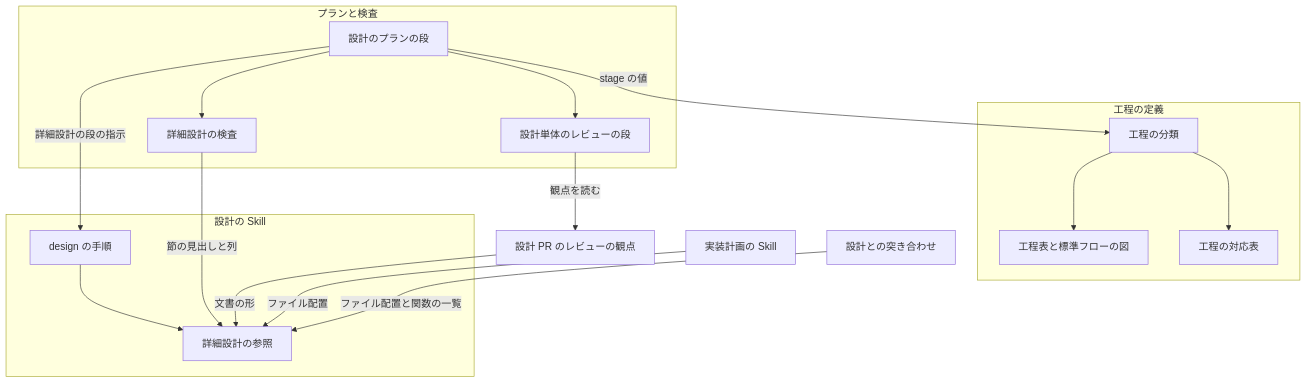
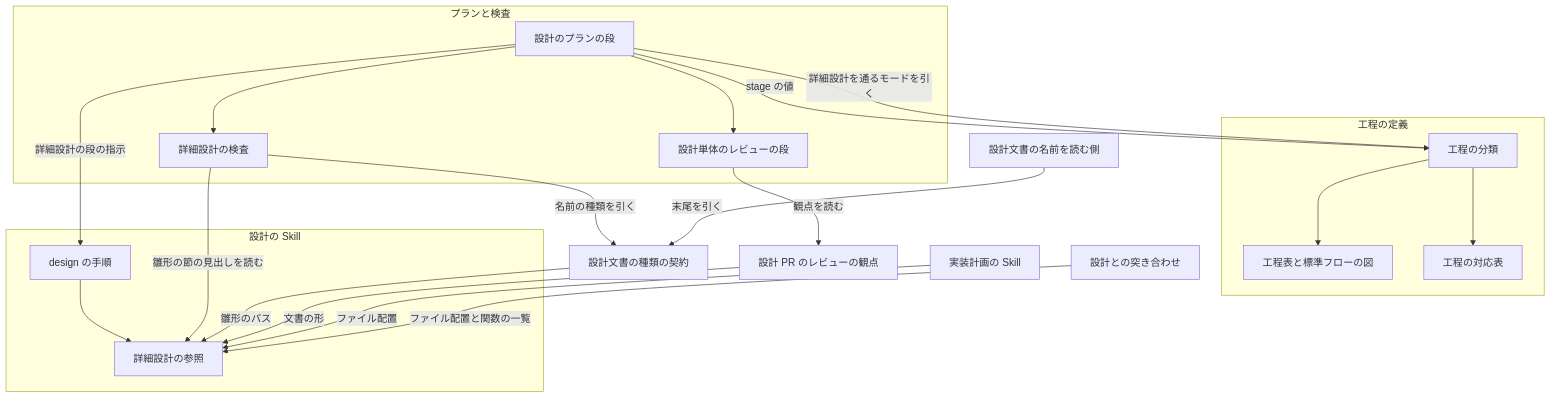
One commit to devbasex/ai-plugins changed the first of 3 diagrams in issues/issue-3144-design.md. Above: the diagram before and after it, drawn with Mermaid. The commit also changed other lines of this file and 1 other file, not shown here.

````diff
--- a/issues/issue-3144-design.md
+++ b/issues/issue-3144-design.md
@@ -145,21 +148,25 @@
 ```mermaid
 graph TD
     subgraph 工程の定義
         M[工程の分類] --> T[工程表と標準フローの図]
         M --> R[工程の対応表]
     end
     subgraph 設計の Skill
         S[design の手順] --> D[詳細設計の参照]
     end
     subgraph プランと検査
         P[設計のプランの段] --> C[詳細設計の検査]
         P --> L[設計単体のレビューの段]
     end
     L -->|観点を読む| V
     P -->|詳細設計の段の指示| S
-    C -->|節の見出しと列| D
+    C -->|雛形の節の見出しを読む| D
+    C -->|名前の種類を引く| K[設計文書の種類の契約]
+    N[設計文書の名前を読む側] -->|末尾を引く| K
+    K -->|雛形のパス| D
     V[設計 PR のレビューの観点] -->|文書の形| D
     I[実装計画の Skill] -->|ファイル配置| D
     G[設計との突き合わせ] -->|ファイル配置と関数の一覧| D
     P -->|stage の値| M
+    P -->|詳細設計を通るモードを引く| M
 ```
````
